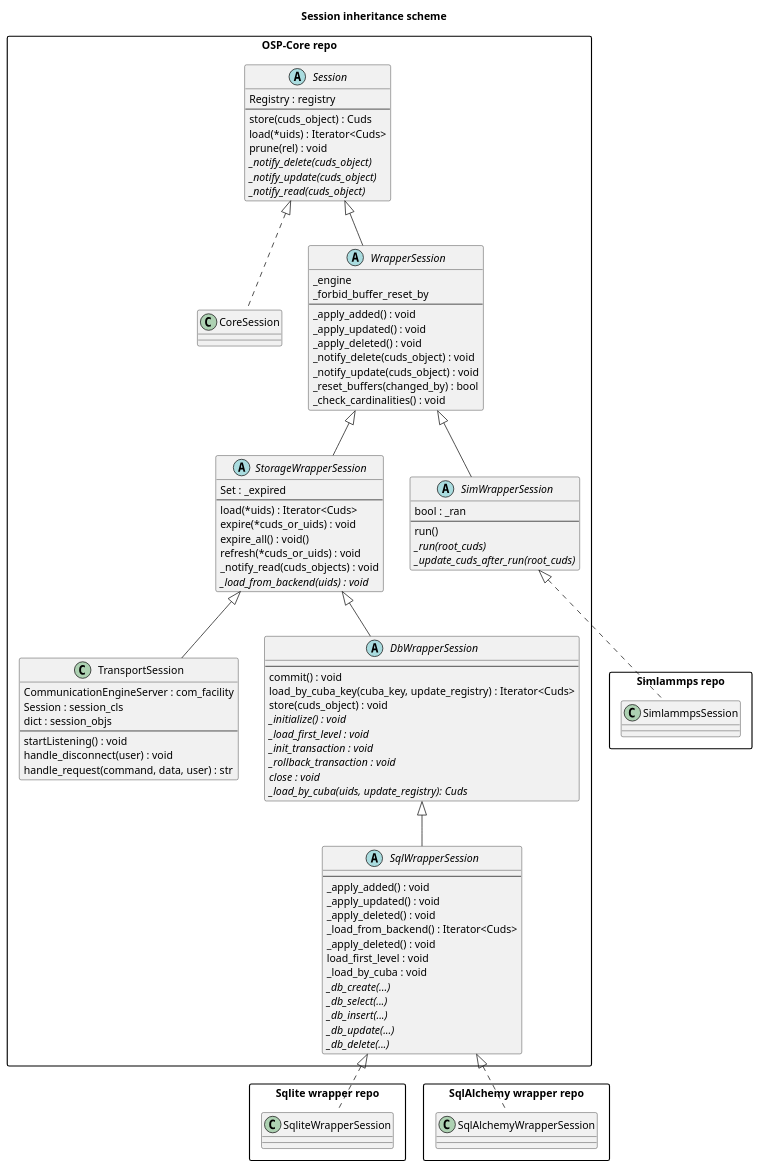
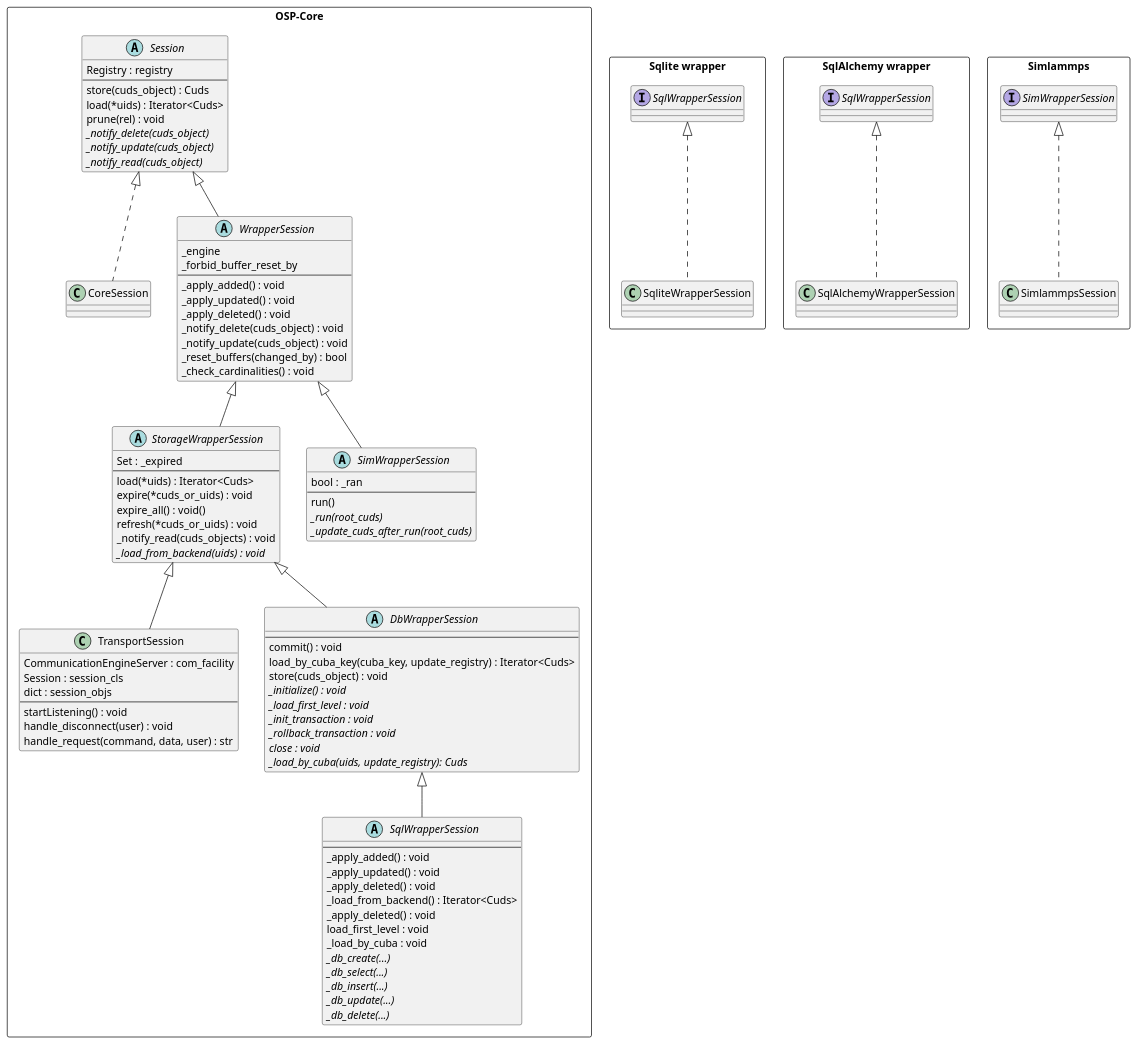
One commit to simphony/wrapper-development changed the second of 2 diagrams in README.md. Above: the diagram before and after it, drawn with PlantUML. The commit also changed other lines of this file and 2 other files, not shown here.

````diff
--- a/README.md
+++ b/README.md
@@ -145,10 +162,6 @@
 ```plantuml
   @startuml
-  allow_mixing
-  skinparam packageStyle rectangle
-  title Session inheritance scheme
-
-  namespace "OSP-Core repo" as OSP {
+  rectangle "OSP-Core" as OSP {
     abstract class Session {
       Registry : registry
       --
@@ -235,23 +248,19 @@
     }
   }
 
-  namespace "Sqlite wrapper repo" as sqlite {
-    class SqliteWrapperSession implements OSP.SqlWrapperSession {
+  rectangle "Sqlite wrapper" as sqlite {
+    class SqliteWrapperSession implements SqlWrapperSession {
     }
   }
 
-  namespace "SqlAlchemy wrapper repo" as sqlalchemy {
-    class SqlAlchemyWrapperSession implements OSP.SqlWrapperSession {
+  rectangle "SqlAlchemy wrapper" as sqlalchemy {
+    class SqlAlchemyWrapperSession implements SqlWrapperSession {
     }
   }
 
-  namespace "Simlammps repo" as simlammps {
-    class SimlammpsSession implements OSP.SimWrapperSession {
+  rectangle "Simlammps" as simlammps {
+    class SimlammpsSession implements SimWrapperSession {
     }
   }
-  ' -----------------------
-  ' -------- NOTES --------
-  ' -----------------------
-
   @enduml
 ```
````
